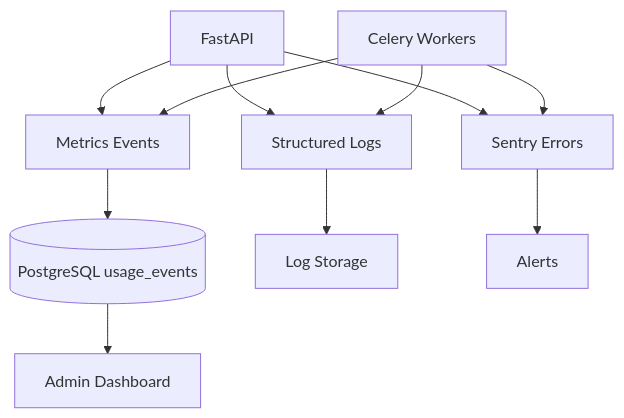
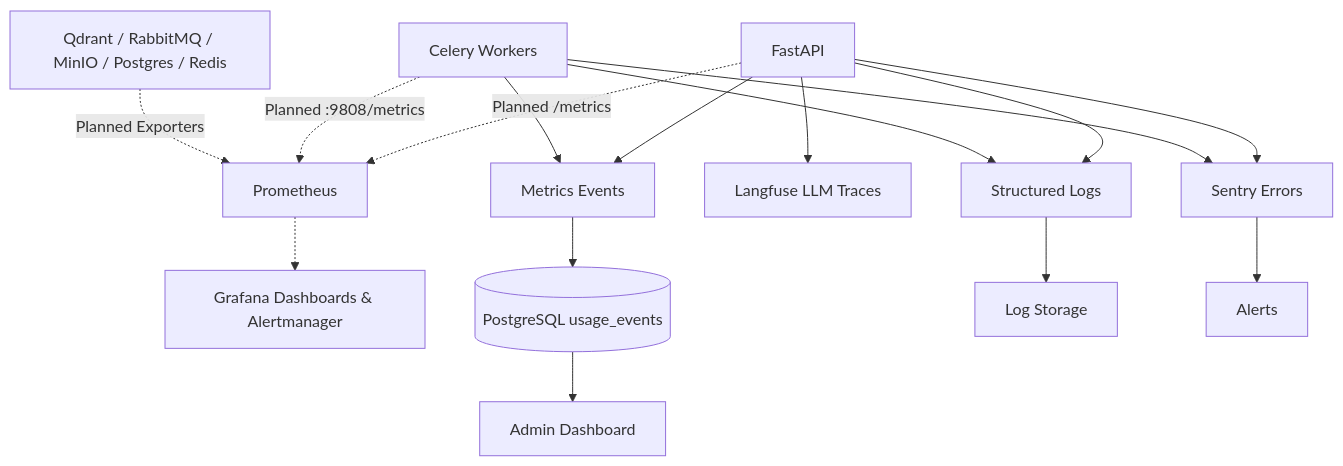
The second of 2 diagrams in docs/12_EVALUATION_AND_MONITORING.md (meghrazchi/rudix), drawn with Mermaid before and after one commit. The commit also changed other lines of this file and 32 other files, not shown here.

Commit message:
observability: add prometheus and grafana monitoring stack

````diff
--- a/docs/12_EVALUATION_AND_MONITORING.md
+++ b/docs/12_EVALUATION_AND_MONITORING.md
@@ -168,13 +168,18 @@
 ```mermaid
 flowchart TD
     API[FastAPI] --> Logs[Structured Logs]
     Worker[Celery Workers] --> Logs
     API --> Sentry[Sentry Errors]
     Worker --> Sentry
+    API --> Langfuse[Langfuse LLM Traces]
     API --> Metrics[Metrics Events]
     Worker --> Metrics
+    API -.->|Planned /metrics| Prom[Prometheus]
+    Worker -.->|Planned :9808/metrics| Prom
+    Infra[Qdrant / RabbitMQ / MinIO / Postgres / Redis] -.->|Planned Exporters| Prom
+    Prom -.-> Grafana[Grafana Dashboards & Alertmanager]
     Metrics --> DB[(PostgreSQL usage_events)]
     Logs --> LogStore[Log Storage]
     Sentry --> Alerts[Alerts]
     DB --> Dashboard[Admin Dashboard]
 ```
````
